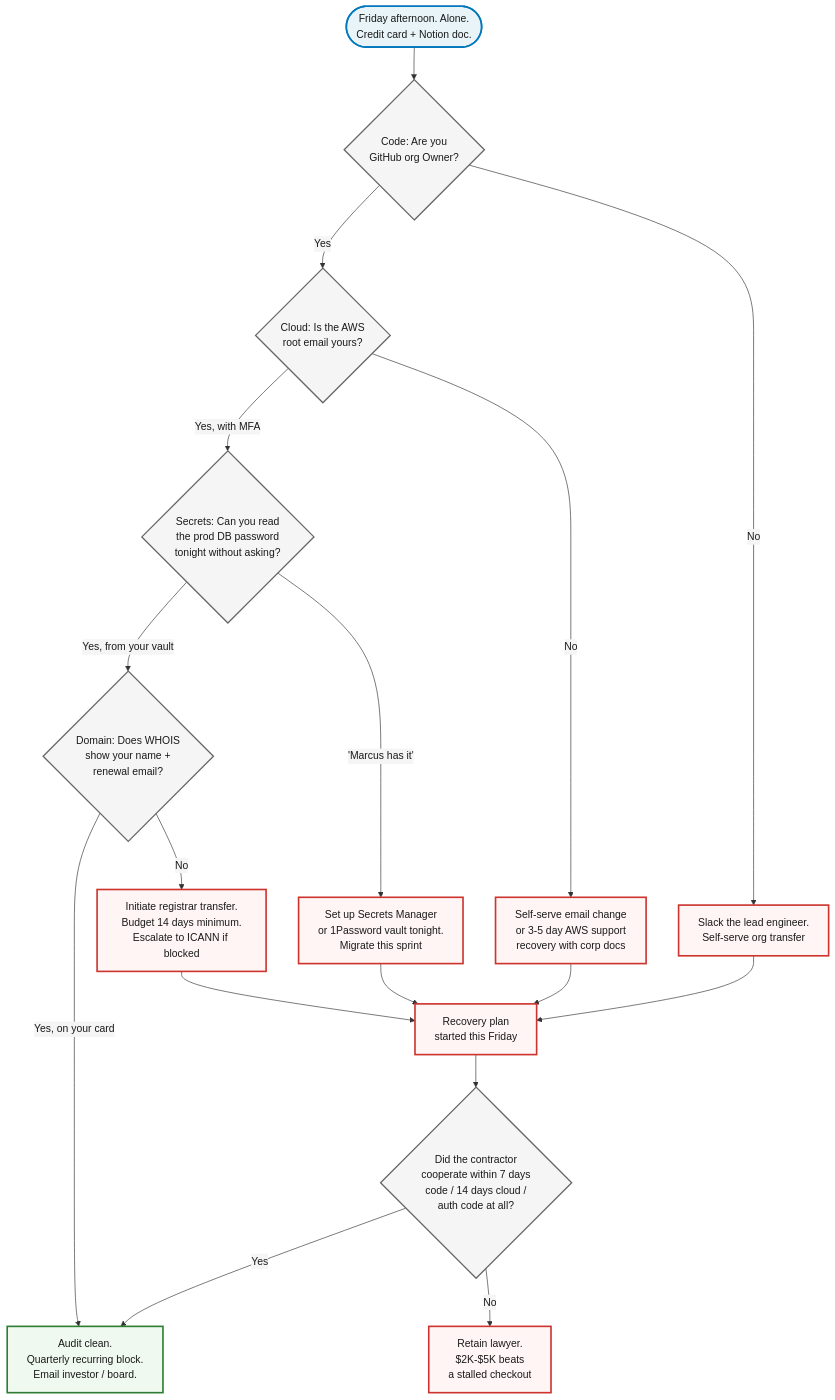
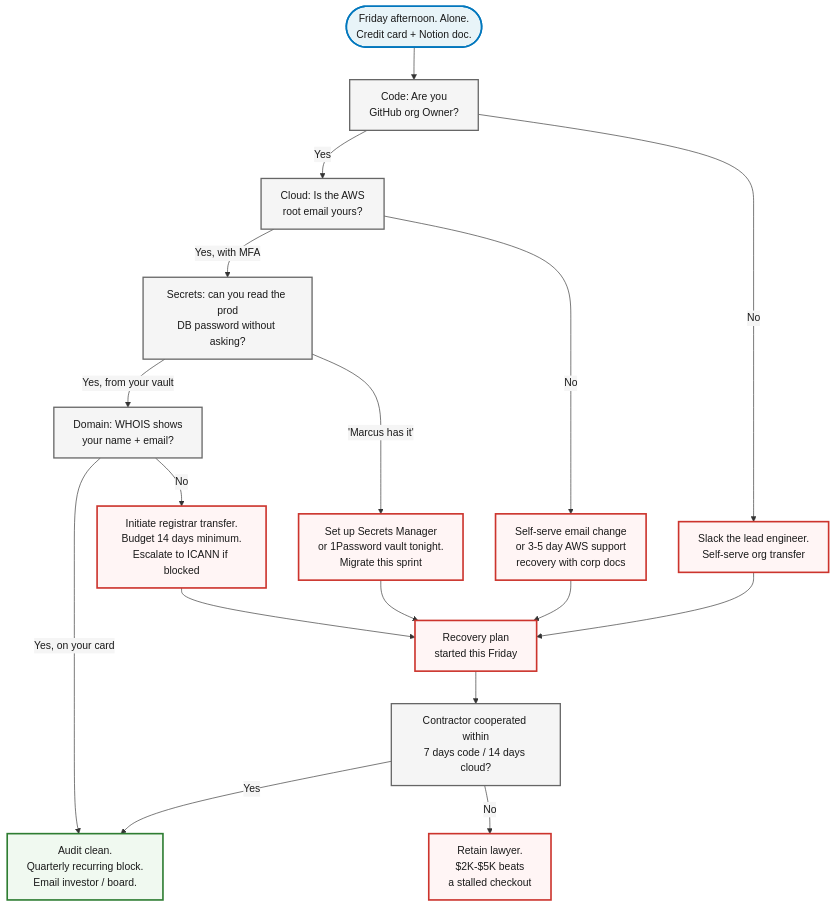
The diagram in content/course/tech-for-non-technical-founders-2026/github-aws-database-ownership-checklist/index.md (jetthoughts/jetthoughts.github.io), drawn with Mermaid before and after one commit. The commit also changed 4 other files, not shown here.

First line of the commit message:
fix(course): scroll-gate round on M4/M5 - mermaid walls compressed, old-spine ghosts removed

````diff
--- a/content/course/tech-for-non-technical-founders-2026/github-aws-database-ownership-checklist/index.md
+++ b/content/course/tech-for-non-technical-founders-2026/github-aws-database-ownership-checklist/index.md
@@ -121,36 +121,36 @@
 ```mermaid
 %%{init: {'theme':'base', 'themeVariables': {'fontFamily':'Caveat, Patrick Hand, cursive', 'primaryColor':'#f5f5f5', 'primaryBorderColor':'#666', 'lineColor':'#333', 'primaryTextColor':'#1a1a1a'}}}%%
 flowchart TD
     Start(["Friday afternoon. Alone.<br/>Credit card + Notion doc."])
-    Start --> Code{Code: Are you<br/>GitHub org Owner?}
-    Code -->|Yes| Cloud{Cloud: Is the AWS<br/>root email yours?}
+    Start --> Code["Code: Are you<br/>GitHub org Owner?"]
+    Code -->|Yes| Cloud["Cloud: Is the AWS<br/>root email yours?"]
     Code -->|No| FixCode[Slack the lead engineer.<br/>Self-serve org transfer]
 
-    Cloud -->|Yes, with MFA| Sec{Secrets: Can you read<br/>the prod DB password<br/>tonight without asking?}
+    Cloud -->|Yes, with MFA| Sec["Secrets: can you read the prod<br/>DB password without asking?"]
     Cloud -->|No| FixCloud[Self-serve email change<br/>or 3-5 day AWS support<br/>recovery with corp docs]
 
-    Sec -->|Yes, from your vault| Dom{Domain: Does WHOIS<br/>show your name +<br/>renewal email?}
+    Sec -->|Yes, from your vault| Dom["Domain: WHOIS shows<br/>your name + email?"]
     Sec -->|"'Marcus has it'"| FixSec[Set up Secrets Manager<br/>or 1Password vault tonight.<br/>Migrate this sprint]
 
     Dom -->|Yes, on your card| Pass[Audit clean.<br/>Quarterly recurring block.<br/>Email investor / board.]
     Dom -->|No| FixDom[Initiate registrar transfer.<br/>Budget 14 days minimum.<br/>Escalate to ICANN if blocked]
 
     FixCode --> Recovery[Recovery plan<br/>started this Friday]
     FixCloud --> Recovery
     FixSec --> Recovery
     FixDom --> Recovery
 
-    Recovery --> Escalate{Did the contractor<br/>cooperate within 7 days<br/>code / 14 days cloud /<br/>auth code at all?}
+    Recovery --> Escalate["Contractor cooperated within<br/>7 days code / 14 days cloud?"]
     Escalate -->|Yes| Pass
     Escalate -->|No| Lawyer[Retain lawyer.<br/>$2K-$5K beats<br/>a stalled checkout]
 
     classDef good fill:#f0f9f0,stroke:#2e7d32,stroke-width:2.5px,color:#1a1a1a
     classDef bad  fill:#fff5f5,stroke:#cc342d,stroke-width:2.5px,color:#1a1a1a
     classDef neutral fill:#f5f5f5,stroke:#666,stroke-width:2px,color:#1a1a1a
     classDef start fill:#e8f4f8,stroke:#0277bd,stroke-width:2.5px,color:#1a1a1a
 
     class Start start
     class Code,Cloud,Sec,Dom,Escalate neutral
     class Pass good
     class FixCode,FixCloud,FixSec,FixDom,Recovery,Lawyer bad
 ```
````
